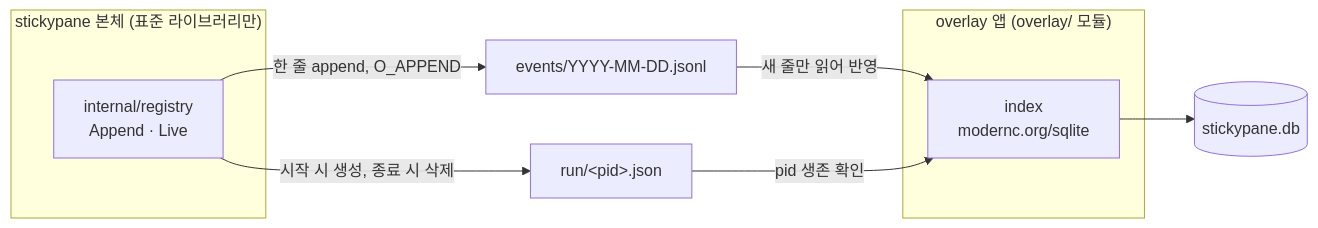
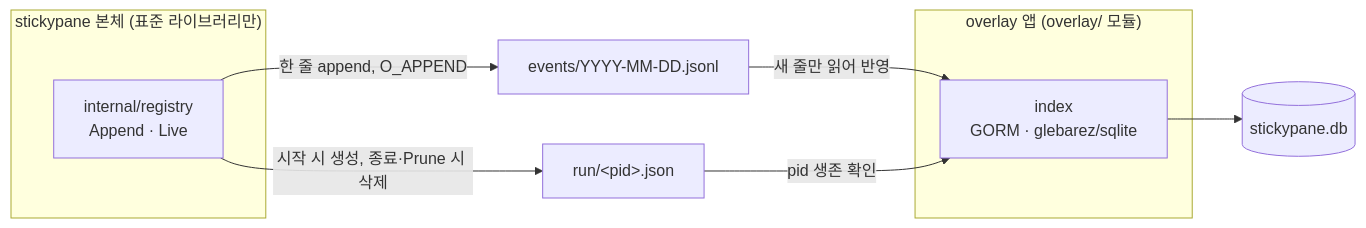
The second of 3 diagrams in docs/overlay/08-app-home-and-sessions.md (LeeSwallow/stickypane), drawn with Mermaid before and after one commit. The commit also changed other lines of this file and 360 other files, not shown here.

````diff
--- a/docs/overlay/08-app-home-and-sessions.md
+++ b/docs/overlay/08-app-home-and-sessions.md
@@ -85,14 +87,14 @@
 ```mermaid
 flowchart LR
   subgraph main["stickypane 본체 (표준 라이브러리만)"]
     reg["internal/registry<br/>Append · Live"]
   end
   subgraph app["overlay 앱 (overlay/ 모듈)"]
-    idx["index<br/>modernc.org/sqlite"]
+    idx["index<br/>GORM · glebarez/sqlite"]
   end
   reg -->|"한 줄 append, O_APPEND"| ev["events/YYYY-MM-DD.jsonl"]
-  reg -->|"시작 시 생성, 종료 시 삭제"| run["run/&lt;pid&gt;.json"]
+  reg -->|"시작 시 생성, 종료·Prune 시 삭제"| run["run/&lt;pid&gt;.json"]
   ev -->|"새 줄만 읽어 반영"| idx
   run -->|"pid 생존 확인"| idx
   idx --> db[("stickypane.db")]
 ```
````
